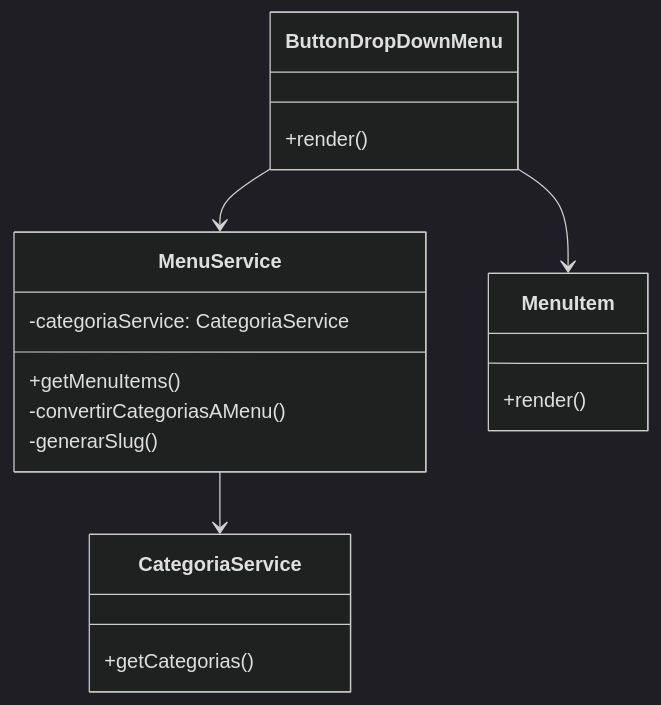
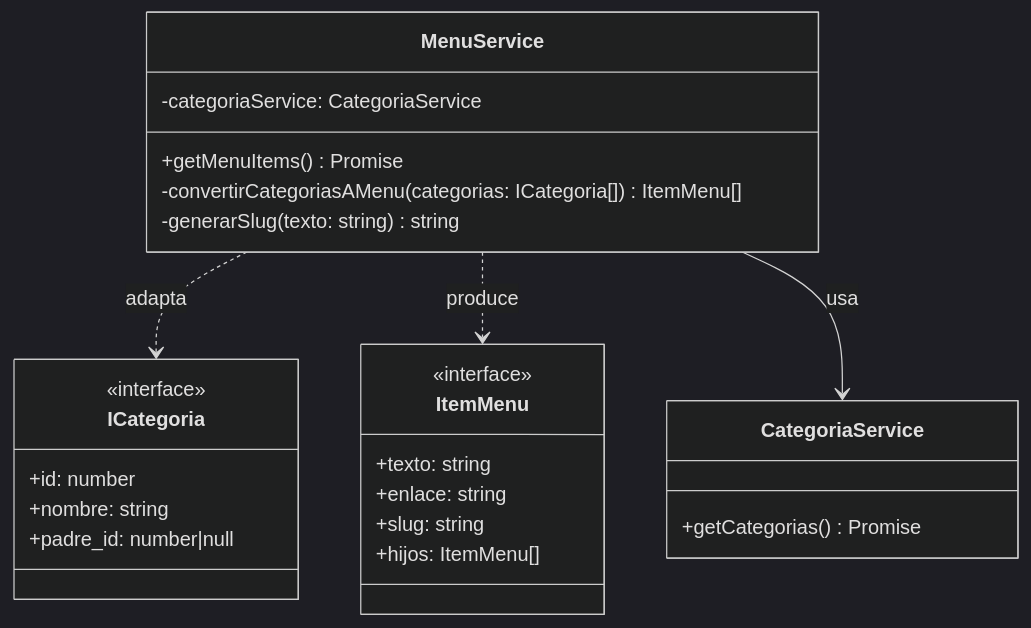
One commit to TITANRAH/evaluacion_2_pd changed the first of 3 diagrams in README.md. Above: the diagram before and after it, drawn with Mermaid (dark theme). The commit also changed other lines of this file and 1 other file, not shown here.

````diff
--- a/README.md
+++ b/README.md
@@ -109,25 +107,32 @@
 ```mermaid
 classDiagram
+    class ICategoria {
+        <<interface>>
+        +id: number
+        +nombre: string
+        +padre_id: number|null
+    }
+
+    class ItemMenu {
+        <<interface>>
+        +texto: string
+        +enlace: string
+        +slug: string
+        +hijos: ItemMenu[]
+    }
+
     class MenuService {
         -categoriaService: CategoriaService
-        +getMenuItems()
-        -convertirCategoriasAMenu()
-        -generarSlug()
+        +getMenuItems() Promise<ItemMenu[]>
+        -convertirCategoriasAMenu(categorias: ICategoria[]) ItemMenu[]
+        -generarSlug(texto: string) string
     }
 
     class CategoriaService {
-        +getCategorias()
+        +getCategorias() Promise<ICategoria[]>
     }
 
-    class ButtonDropDownMenu {
-        +render()
-    }
-
-    class MenuItem {
-        +render()
-    }
-
-    MenuService --> CategoriaService
-    ButtonDropDownMenu --> MenuService
-    ButtonDropDownMenu --> MenuItem
+    MenuService ..> ICategoria : adapta
+    MenuService ..> ItemMenu : produce
+    MenuService --> CategoriaService : usa
 ```
````
